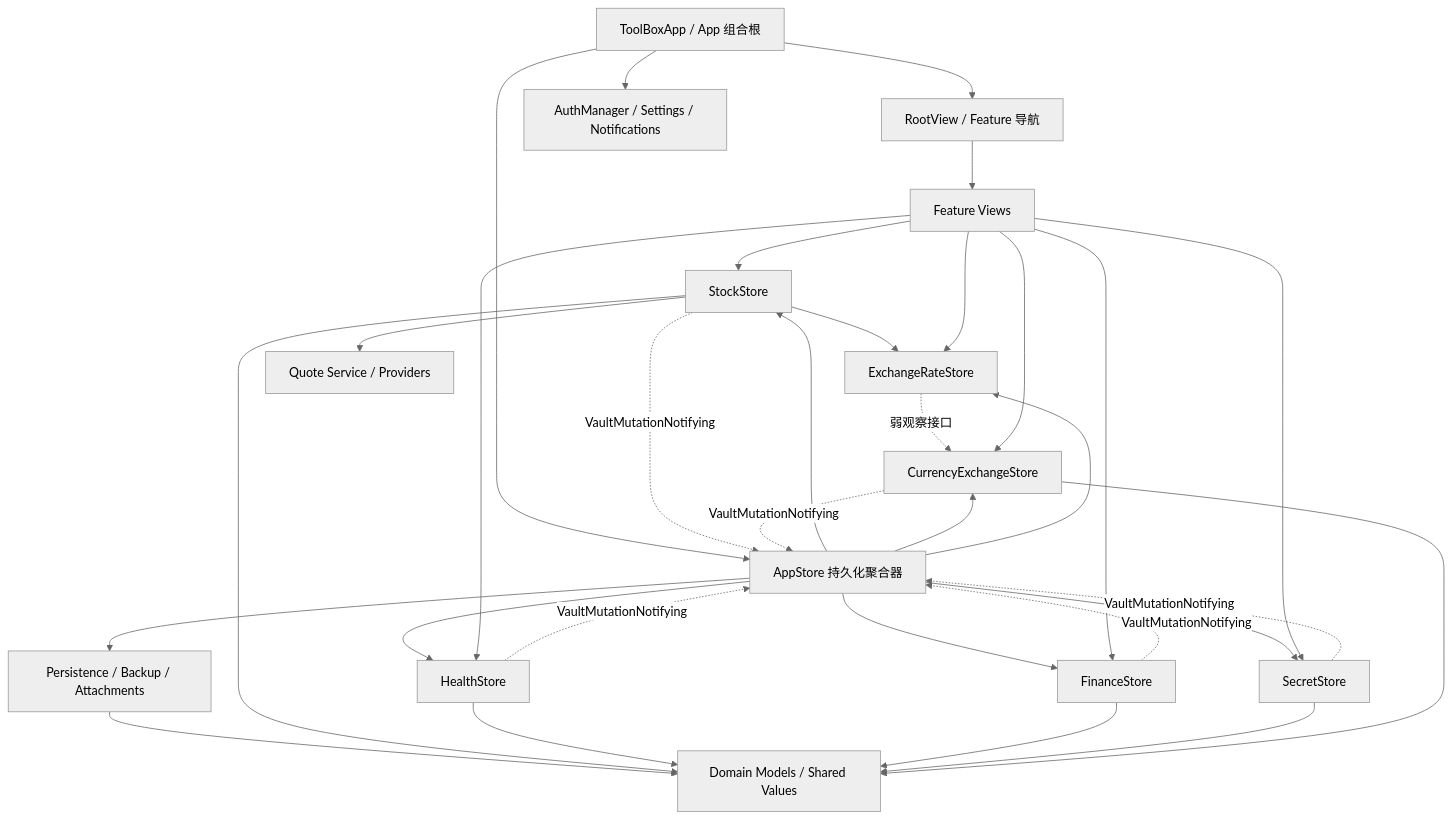
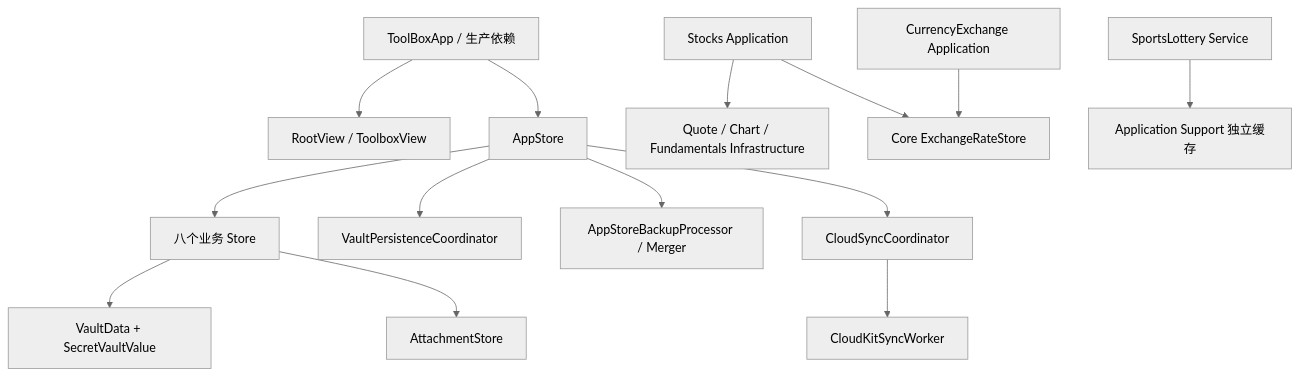
The diagram in ARCHITECTURE_REVIEW.md (huangshuai-ustc/MyTools), drawn with Mermaid (neutral theme) before and after one commit. The commit also changed other lines of this file and 10 other files, not shown here.

````diff
--- a/ARCHITECTURE_REVIEW.md
+++ b/ARCHITECTURE_REVIEW.md
@@ -199,34 +46,16 @@
 ```mermaid
 flowchart TD
-    App["ToolBoxApp / App 组合根"] --> Root["RootView / Feature 导航"]
-    App --> Vault["AppStore 持久化聚合器"]
-    App --> Auth["AuthManager / Settings / Notifications"]
-    Vault --> Stock["StockStore"]
-    Vault --> Health["HealthStore"]
-    Vault --> Finance["FinanceStore"]
-    Vault --> Secret["SecretStore"]
-    Vault --> FX["CurrencyExchangeStore"]
-    Vault --> Rate["ExchangeRateStore"]
-    Stock --> Rate
-    Rate -. "弱观察接口" .-> FX
-    Stock -. "VaultMutationNotifying" .-> Vault
-    Health -. "VaultMutationNotifying" .-> Vault
-    Finance -. "VaultMutationNotifying" .-> Vault
-    Secret -. "VaultMutationNotifying" .-> Vault
-    FX -. "VaultMutationNotifying" .-> Vault
-    Stock --> Quote["Quote Service / Providers"]
-    Root --> Features["Feature Views"]
-    Features --> Stock
-    Features --> Health
-    Features --> Finance
-    Features --> Secret
-    Features --> FX
-    Features --> Rate
-    Vault --> Core["Persistence / Backup / Attachments"]
-    Core --> Models["Domain Models / Shared Values"]
-    Stock --> Models
-    Health --> Models
-    Finance --> Models
-    Secret --> Models
-    FX --> Models
+    App["ToolBoxApp / 生产依赖"] --> Root["RootView / ToolboxView"]
+    App --> Store["AppStore"]
+    Store --> FeatureStores["八个业务 Store"]
+    FeatureStores --> Vault["VaultData + SecretVaultValue"]
+    FeatureStores --> Attach["AttachmentStore"]
+    Store --> Persist["VaultPersistenceCoordinator"]
+    Store --> Backup["AppStoreBackupProcessor / Merger"]
+    Store --> Cloud["CloudSyncCoordinator"]
+    Cloud --> Worker["CloudKitSyncWorker"]
+    Stocks["Stocks Application"] --> Quote["Quote / Chart / Fundamentals Infrastructure"]
+    Stocks --> Rate["Core ExchangeRateStore"]
+    FX["CurrencyExchange Application"] --> Rate
+    Lottery["SportsLottery Service"] --> Cache["Application Support 独立缓存"]
 ```
````
